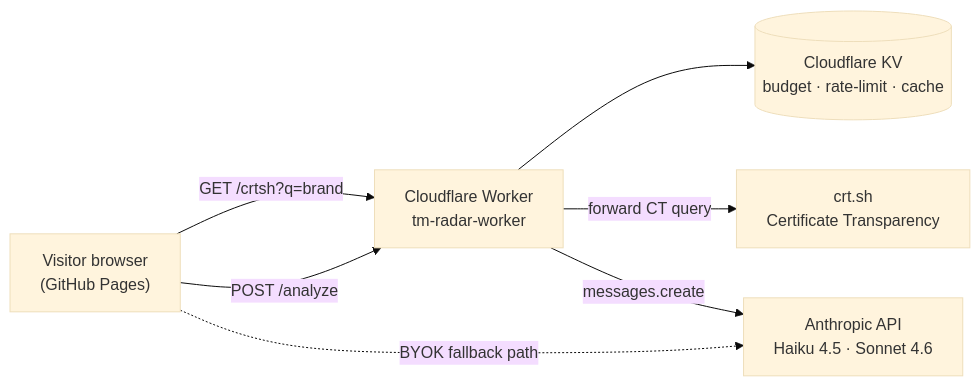
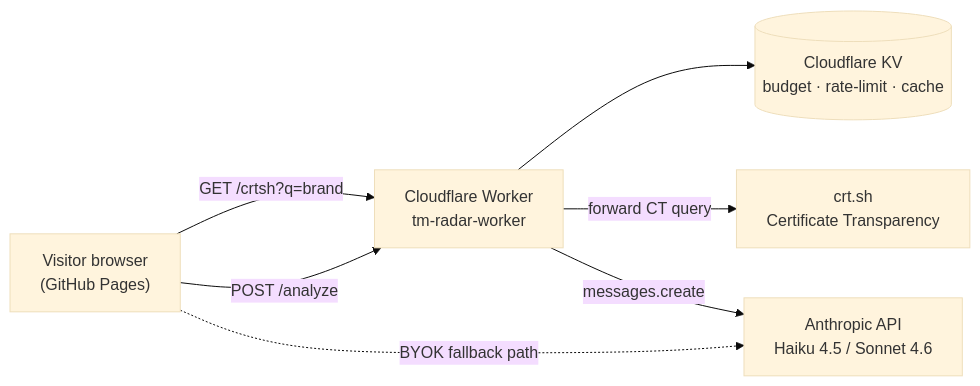
One commit to sahil-singh-llm/tm-radar changed the diagram in README.md. Above: the diagram before and after it, drawn with Mermaid (base theme). The commit also changed 3 other files, not shown here.

````diff
--- a/README.md
+++ b/README.md
@@ -219,15 +219,15 @@
 ```mermaid
 flowchart LR
     Browser["Visitor browser<br/>(GitHub Pages)"]
     Worker["Cloudflare Worker<br/>tm-radar-worker"]
     KV[("Cloudflare KV<br/>budget · rate-limit · cache")]
-    Anthropic["Anthropic API<br/>Haiku 4.5 · Sonnet 4.6"]
+    Anthropic["Anthropic API<br/>Haiku 4.5 / Sonnet 4.6"]
     Crtsh["crt.sh<br/>Certificate Transparency"]
 
-    Browser -->|"GET /crtsh?q=brand"| Worker
-    Browser -->|"POST /analyze"| Worker
+    Browser -->|GET /crtsh?q=brand| Worker
+    Browser -->|POST /analyze| Worker
     Worker --> KV
-    Worker -->|"forward CT query"| Crtsh
-    Worker -->|"messages.create"| Anthropic
-    Browser -. "BYOK fallback path" .-> Anthropic
+    Worker -->|forward CT query| Crtsh
+    Worker -->|messages.create| Anthropic
+    Browser -.->|BYOK fallback path| Anthropic
 ```
````
